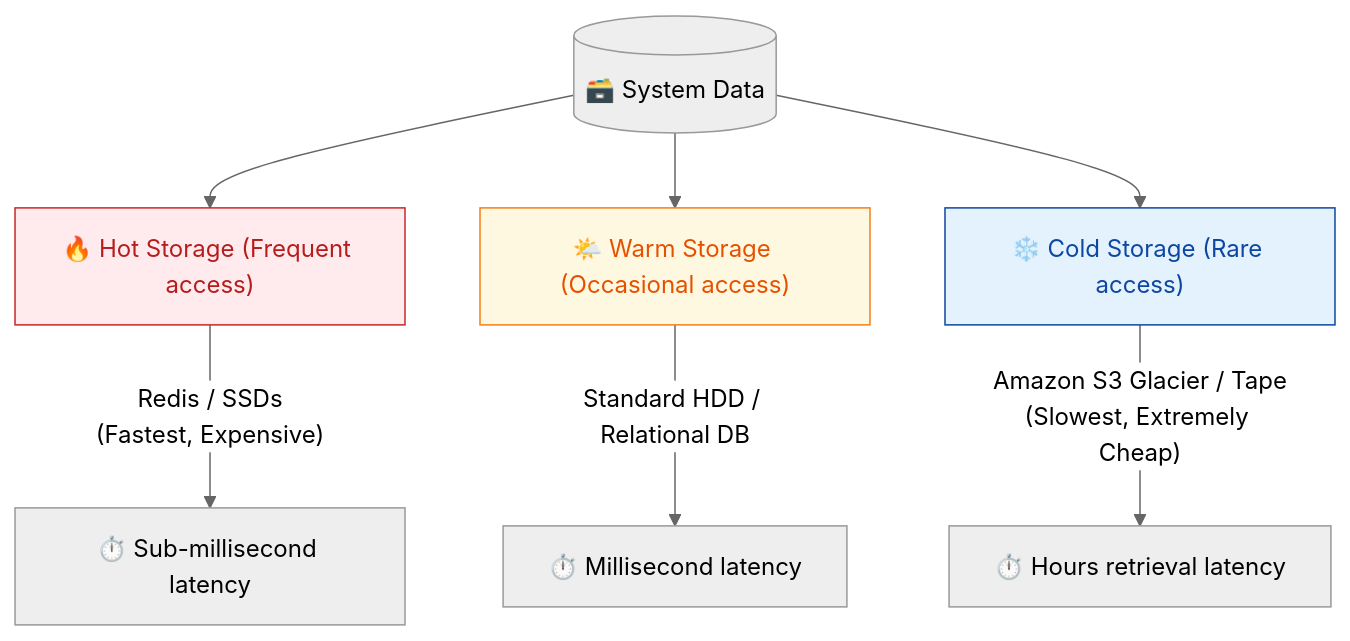
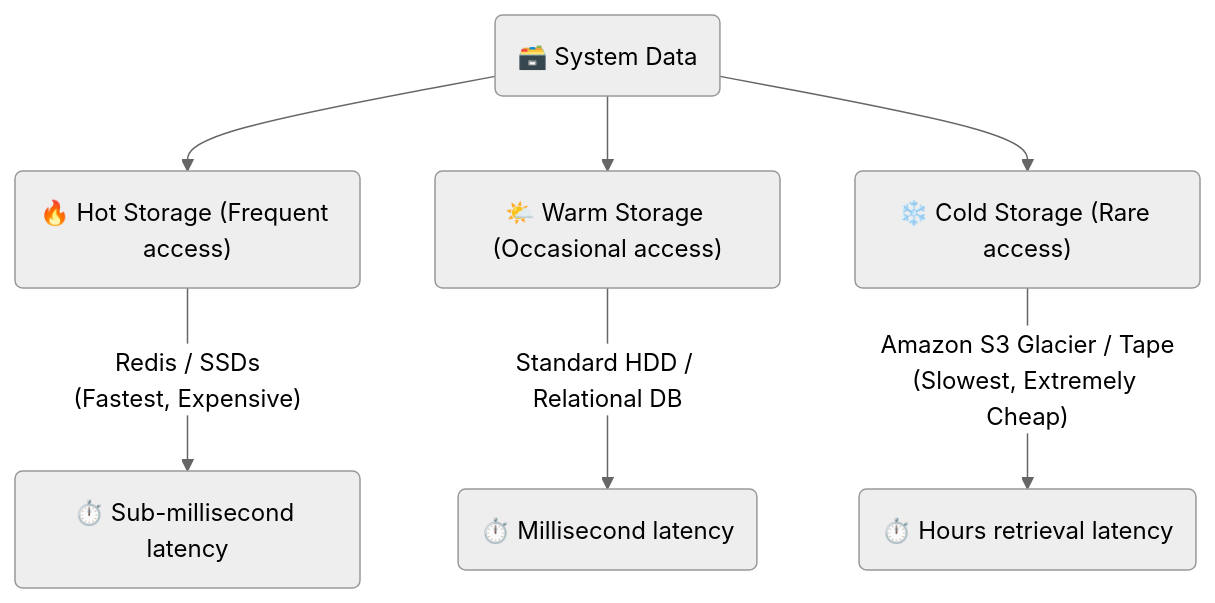
One commit to PKRacha/system-design changed the fourth of 4 diagrams in basics/04_system_characteristics.md. Above: the diagram before and after it, drawn with Mermaid (neutral theme). The commit also changed other lines of this file and 4 other files, not shown here.

Commit message:
docs: standardize all mermaid diagrams with curvy corners and default color styling

````diff
--- a/basics/04_system_characteristics.md
+++ b/basics/04_system_characteristics.md
@@ -109,14 +104,10 @@
 ```mermaid
 graph TD
-    Data[("🗃️ System Data")] --> Hot["🔥 Hot Storage (Frequent access)"]
-    Data --> Warm["🌤️ Warm Storage (Occasional access)"]
-    Data --> Cold["❄️ Cold Storage (Rare access)"]
+    Data("🗃️ System Data") --> Hot("🔥 Hot Storage (Frequent access)")
+    Data --> Warm("🌤️ Warm Storage (Occasional access)")
+    Data --> Cold("❄️ Cold Storage (Rare access)")
     
-    Hot -->|"Redis / SSDs<br>(Fastest, Expensive)"| Out1["⏱️ Sub-millisecond latency"]
-    Warm -->|"Standard HDD / Relational DB"| Out2["⏱️ Millisecond latency"]
-    Cold -->|"Amazon S3 Glacier / Tape<br>(Slowest, Extremely Cheap)"| Out3["⏱️ Hours retrieval latency"]
-    
-    style Hot fill:#ffebee,stroke:#c62828,color:#b71c1c;
-    style Warm fill:#fff8e1,stroke:#f57f17,color:#e65100;
-    style Cold fill:#e3f2fd,stroke:#0d47a1,color:#0d47a1;
+    Hot -->|"Redis / SSDs<br>(Fastest, Expensive)"| Out1("⏱️ Sub-millisecond latency")
+    Warm -->|"Standard HDD / Relational DB"| Out2("⏱️ Millisecond latency")
+    Cold -->|"Amazon S3 Glacier / Tape<br>(Slowest, Extremely Cheap)"| Out3("⏱️ Hours retrieval latency")
 ```
````
